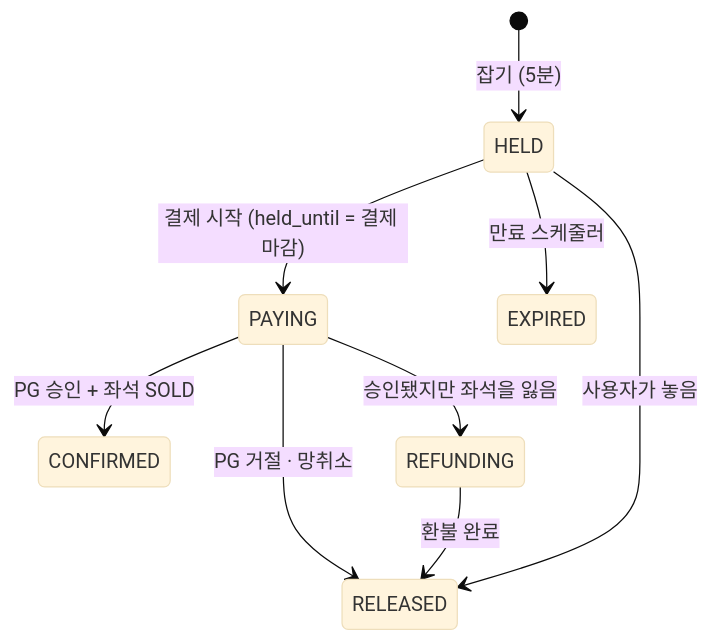
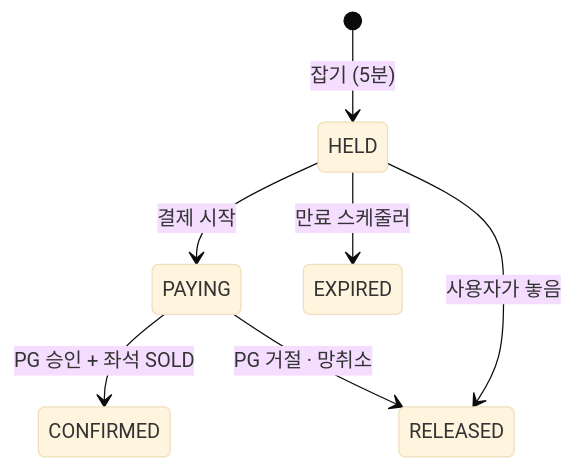
Before and after one commit to AnTaeho/ticketing-system: the second of 2 diagrams in README.md, drawn with Mermaid (base theme). The commit also changed other lines of this file and 1 other file, not shown here.

````diff
--- a/README.md
+++ b/README.md
@@ -68,11 +64,9 @@
 ```mermaid
 stateDiagram-v2
   [*] --> HELD: 잡기 (5분)
-  HELD --> PAYING: 결제 시작 (held_until = 결제 마감)
+  HELD --> PAYING: 결제 시작
   HELD --> EXPIRED: 만료 스케줄러
   HELD --> RELEASED: 사용자가 놓음
   PAYING --> CONFIRMED: PG 승인 + 좌석 SOLD
   PAYING --> RELEASED: PG 거절 · 망취소
-  PAYING --> REFUNDING: 승인됐지만 좌석을 잃음
-  REFUNDING --> RELEASED: 환불 완료
 ```
````
